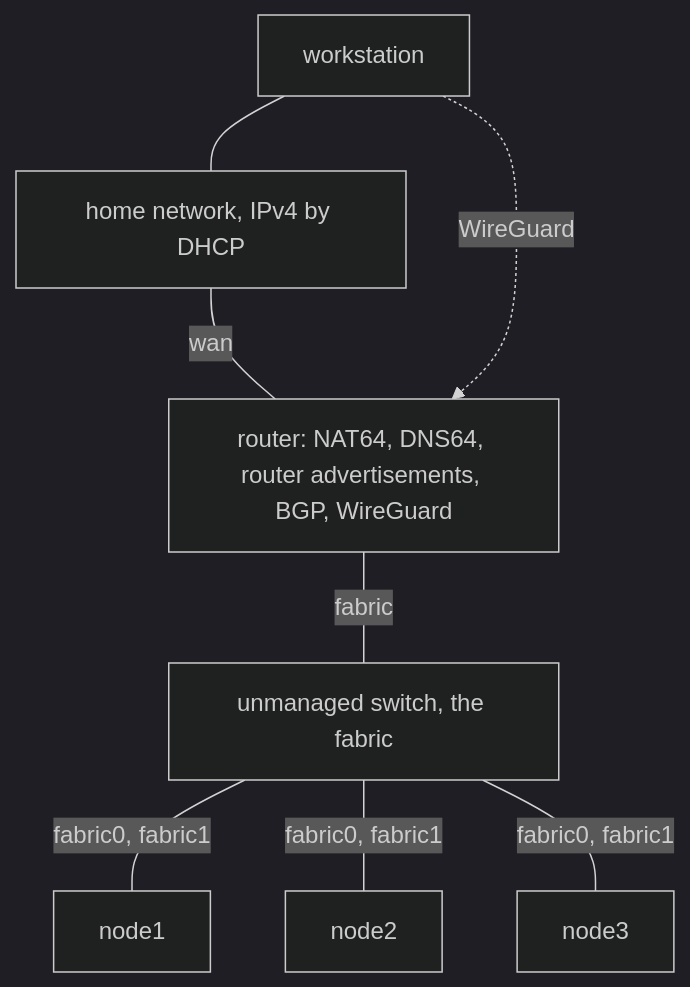
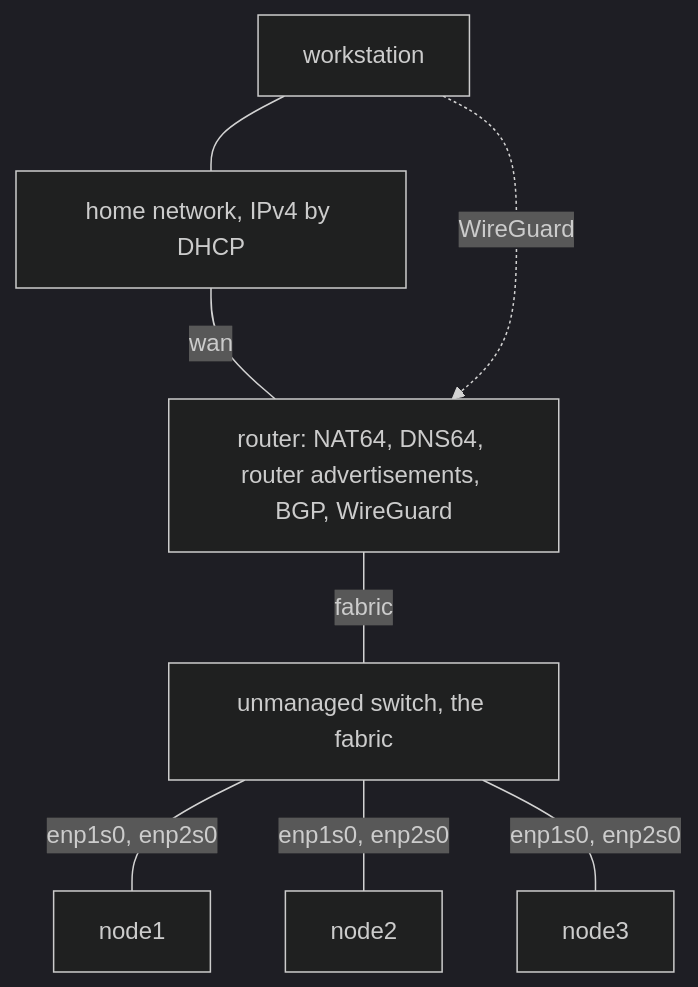
One commit to trevex/chalkos changed the diagram in docs/get-started/home-lab.md. Above: the diagram before and after it, drawn with Mermaid (dark theme). The commit also changed other lines of this file and 20 other files, not shown here.

````diff
--- a/docs/get-started/home-lab.md
+++ b/docs/get-started/home-lab.md
@@ -23,17 +23,17 @@
 ```mermaid
 flowchart TB
     home["home network, IPv4 by DHCP"]
     ws["workstation"]
     router["router: NAT64, DNS64, router advertisements, BGP, WireGuard"]
     switch["unmanaged switch, the fabric"]
     node1["node1"]
     node2["node2"]
     node3["node3"]
     ws --- home
     home ---|wan| router
     ws -.->|WireGuard| router
     router ---|fabric| switch
-    switch ---|fabric0, fabric1| node1
-    switch ---|fabric0, fabric1| node2
-    switch ---|fabric0, fabric1| node3
+    switch ---|enp1s0, enp2s0| node1
+    switch ---|enp1s0, enp2s0| node2
+    switch ---|enp1s0, enp2s0| node3
 ```
````
